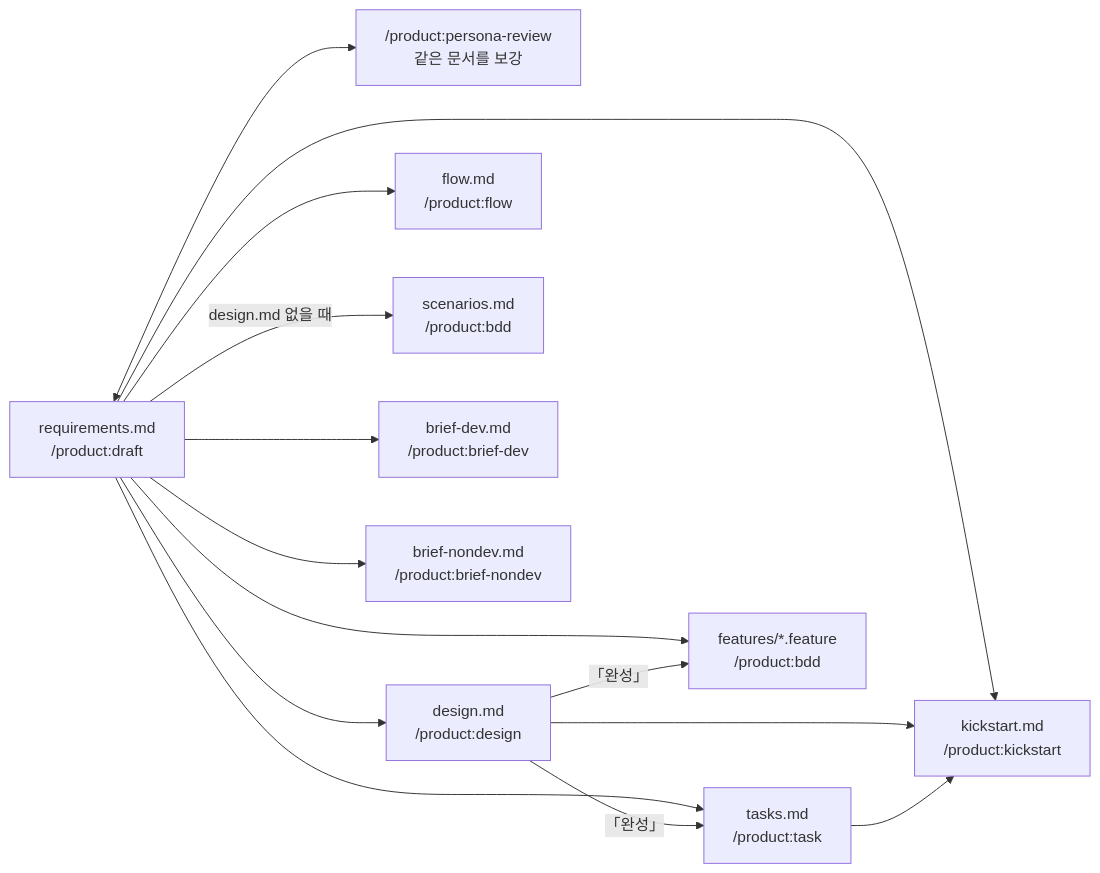
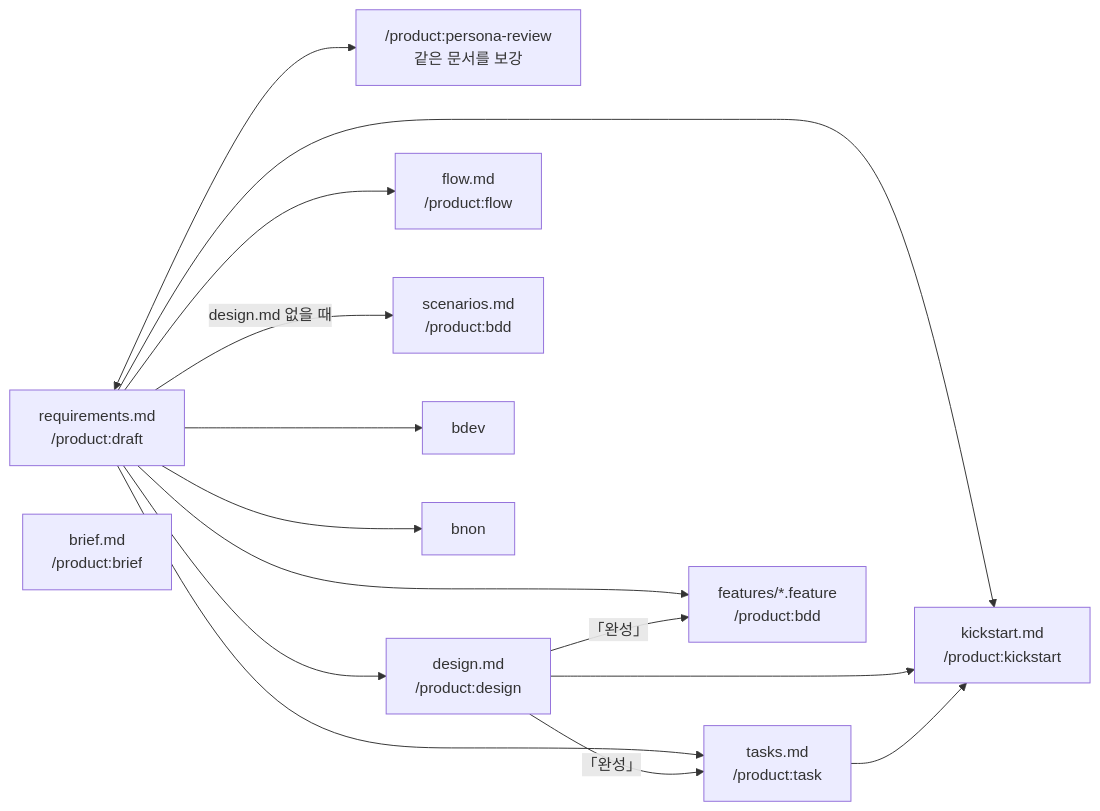
Before and after one commit to dorage/product-skills: the diagram in plugins/product/OUTPUT.md, drawn with Mermaid. The commit also changed other lines of this file and 21 other files, not shown here.

First line of the commit message:
feat(product):brief 하나로 합치고 사람용과 LLM 맥락용으로 나눔

````diff
--- a/plugins/product/OUTPUT.md
+++ b/plugins/product/OUTPUT.md
@@ -29,26 +28,25 @@
 ```mermaid
 flowchart LR
     req["requirements.md<br/>/product:draft"]
     rev["/product:persona-review<br/>같은 문서를 보강"]
     des["design.md<br/>/product:design"]
     flw["flow.md<br/>/product:flow"]
     tsk["tasks.md<br/>/product:task"]
     fea["features/*.feature<br/>/product:bdd"]
     scn["scenarios.md<br/>/product:bdd"]
-    bdev["brief-dev.md<br/>/product:brief-dev"]
-    bnon["brief-nondev.md<br/>/product:brief-nondev"]
+    brief["brief.md<br/>/product:brief"]
     req <--> rev
     req --> des
     req --> flw
     req --> tsk
     req --> fea
     req -- design.md 없을 때 --> scn
     req --> bdev
     req --> bnon
     des -- 「완성」 --> tsk
     des -- 「완성」 --> fea
     kck["kickstart.md<br/>/product:kickstart"]
     req --> kck
     des --> kck
     tsk --> kck
 ```
````
